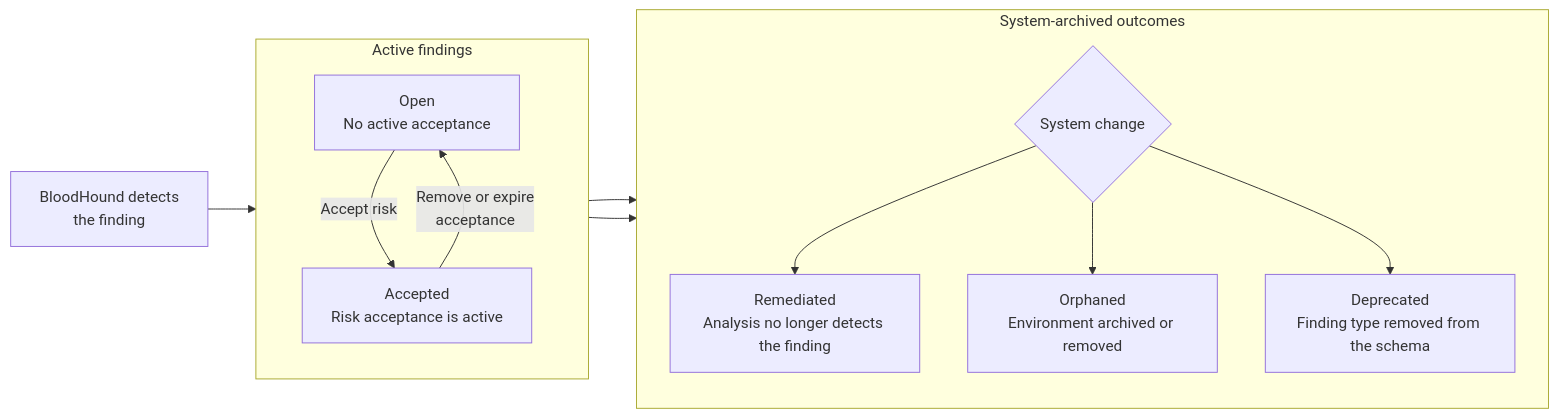
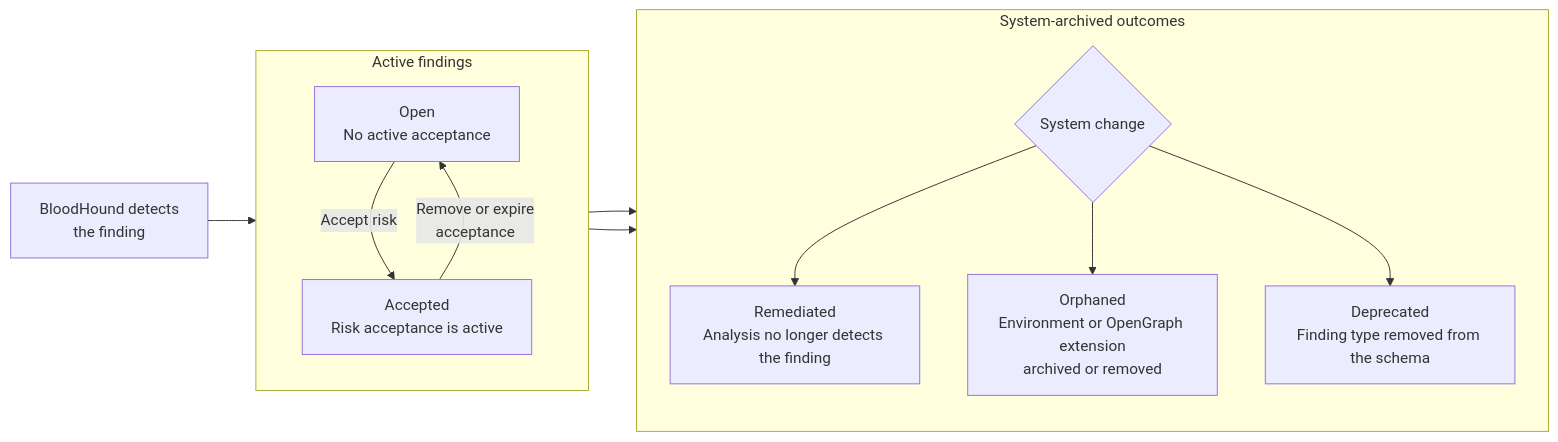
Before and after one commit to SpecterOps/bloodhound-docs: the diagram in docs/analyze-data/findings/table-view.mdx, drawn with Mermaid.

Commit message:
chore: align diagram with table for orphaned status

````diff
--- a/docs/analyze-data/findings/table-view.mdx
+++ b/docs/analyze-data/findings/table-view.mdx
@@ -83,26 +83,26 @@
 ```mermaid
 flowchart LR
     detected["BloodHound detects<br/>the finding"] --> open
 
     subgraph active["Active findings"]
         direction TB
         open["Open<br/>No active acceptance"]
         accepted["Accepted<br/>Risk acceptance is active"]
         open -->|"Accept risk"| accepted
         accepted -->|"Remove or expire<br/>acceptance"| open
     end
 
     open --> systemChange
     accepted --> systemChange
 
     subgraph archived["System-archived outcomes"]
         direction TB
         systemChange{"System change"}
         remediated["Remediated<br/>Analysis no longer detects the finding"]
-        orphaned["Orphaned<br/>Environment archived or removed"]
+        orphaned["Orphaned<br/>Environment or OpenGraph extension<br/>archived or removed"]
         deprecated["Deprecated<br/>Finding type removed from the schema"]
         systemChange --> remediated
         systemChange --> orphaned
         systemChange --> deprecated
     end
 ```
````
